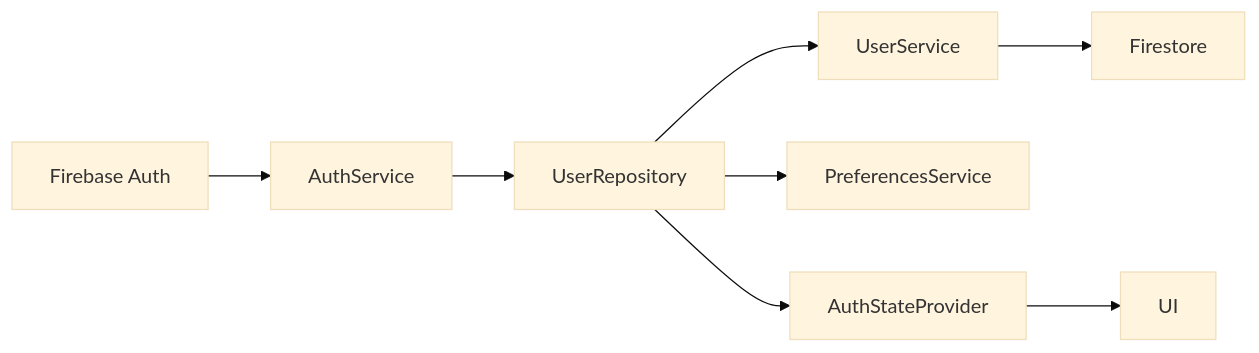
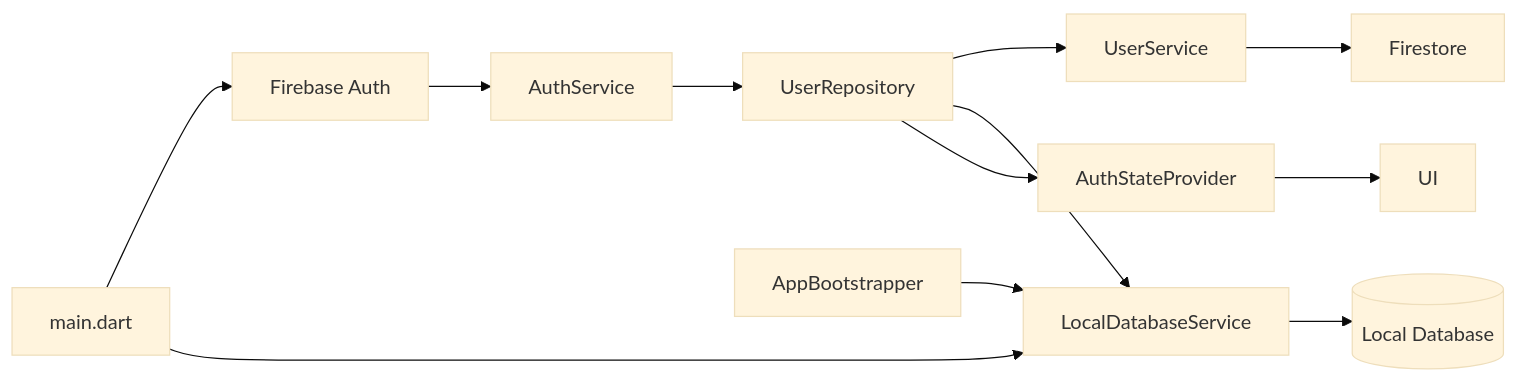
Before and after one commit to DuckBuck-Studios/DuckBuck-AI-Walkie-Talkie: the second of 3 diagrams in docs/auth/auth_code_organization.md, drawn with Mermaid (base theme). The commit also changed other lines of this file and 19 other files, not shown here.

````diff
--- a/docs/auth/auth_code_organization.md
+++ b/docs/auth/auth_code_organization.md
@@ -323,10 +353,14 @@
 ```mermaid
 graph LR
     Firebase[Firebase Auth] --> AuthService
     AuthService --> UserRepository
     UserRepository --> UserService
     UserService --> Firestore
-    UserRepository --> PreferencesService
+    UserRepository --> LocalDatabaseService
+    LocalDatabaseService --> LocalDB[(Local Database)]
     UserRepository --> AuthStateProvider
     AuthStateProvider --> UI
+    Main[main.dart] --> Firebase
+    Main --> LocalDatabaseService
+    AppBootstrapper --> LocalDatabaseService
 ```
````
